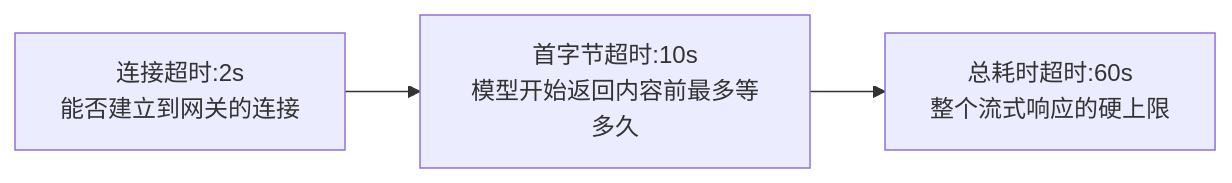
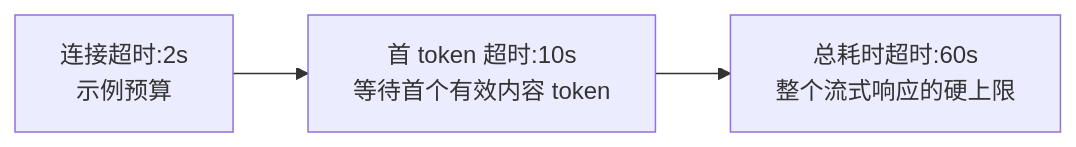
The first of 2 diagrams in docs/engineering/02-request-reliability/04-retry-timeout-idempotency-circuit-breaker.md (oneleaveknowsthefall/awesome-ai-roadmap), drawn with Mermaid before and after one commit. The commit also changed other lines of this file and 26 other files, not shown here.

````diff
--- a/docs/engineering/02-request-reliability/04-retry-timeout-idempotency-circuit-breaker.md
+++ b/docs/engineering/02-request-reliability/04-retry-timeout-idempotency-circuit-breaker.md
@@ -42,5 +48,5 @@
 ```mermaid
 flowchart LR
-    A["连接超时:2s<br/>能否建立到网关的连接"] --> B["首字节超时:10s<br/>模型开始返回内容前最多等多久"]
+    A["连接超时:2s<br/>示例预算"] --> B["首 token 超时:10s<br/>等待首个有效内容 token"]
     B --> C["总耗时超时:60s<br/>整个流式响应的硬上限"]
 ```
````
